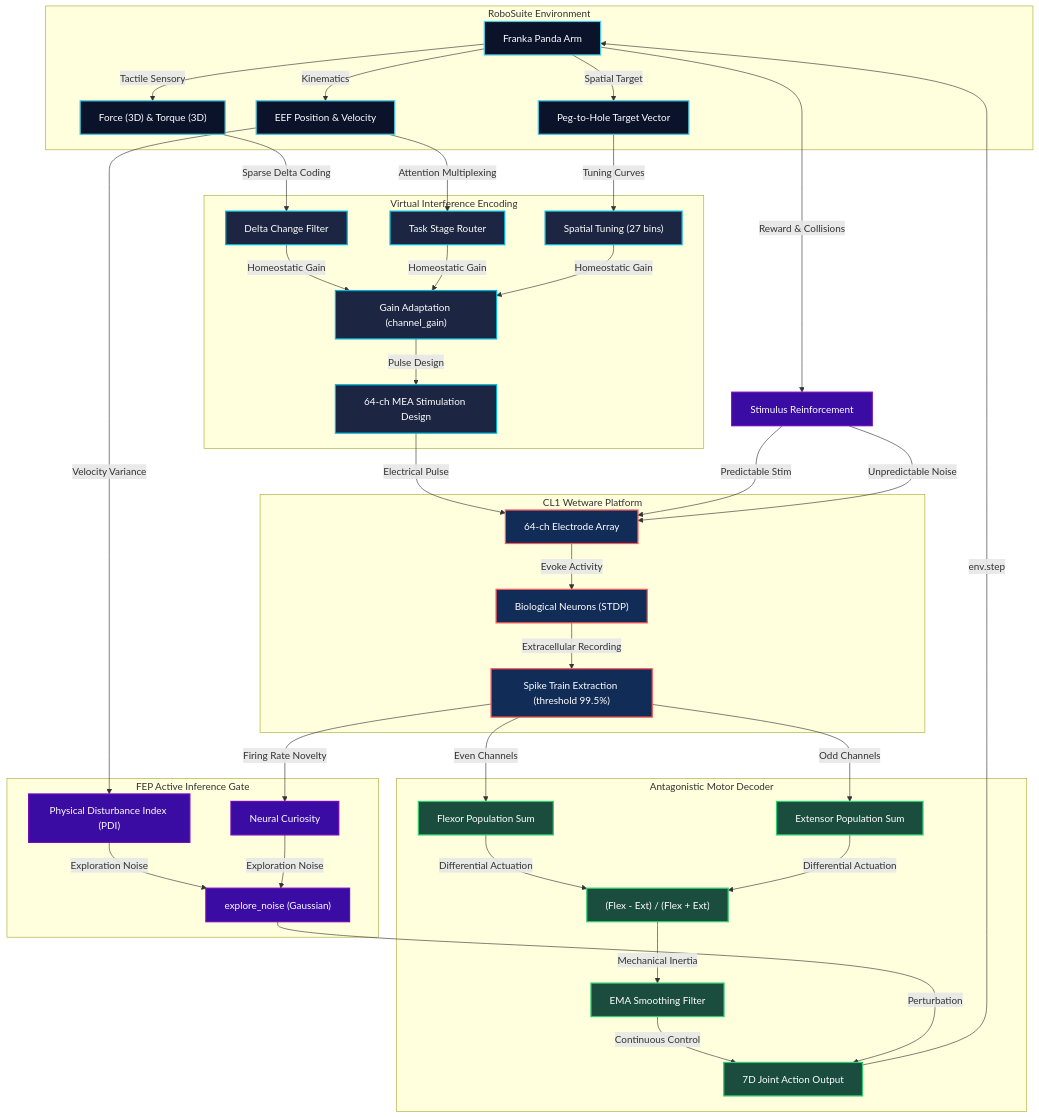
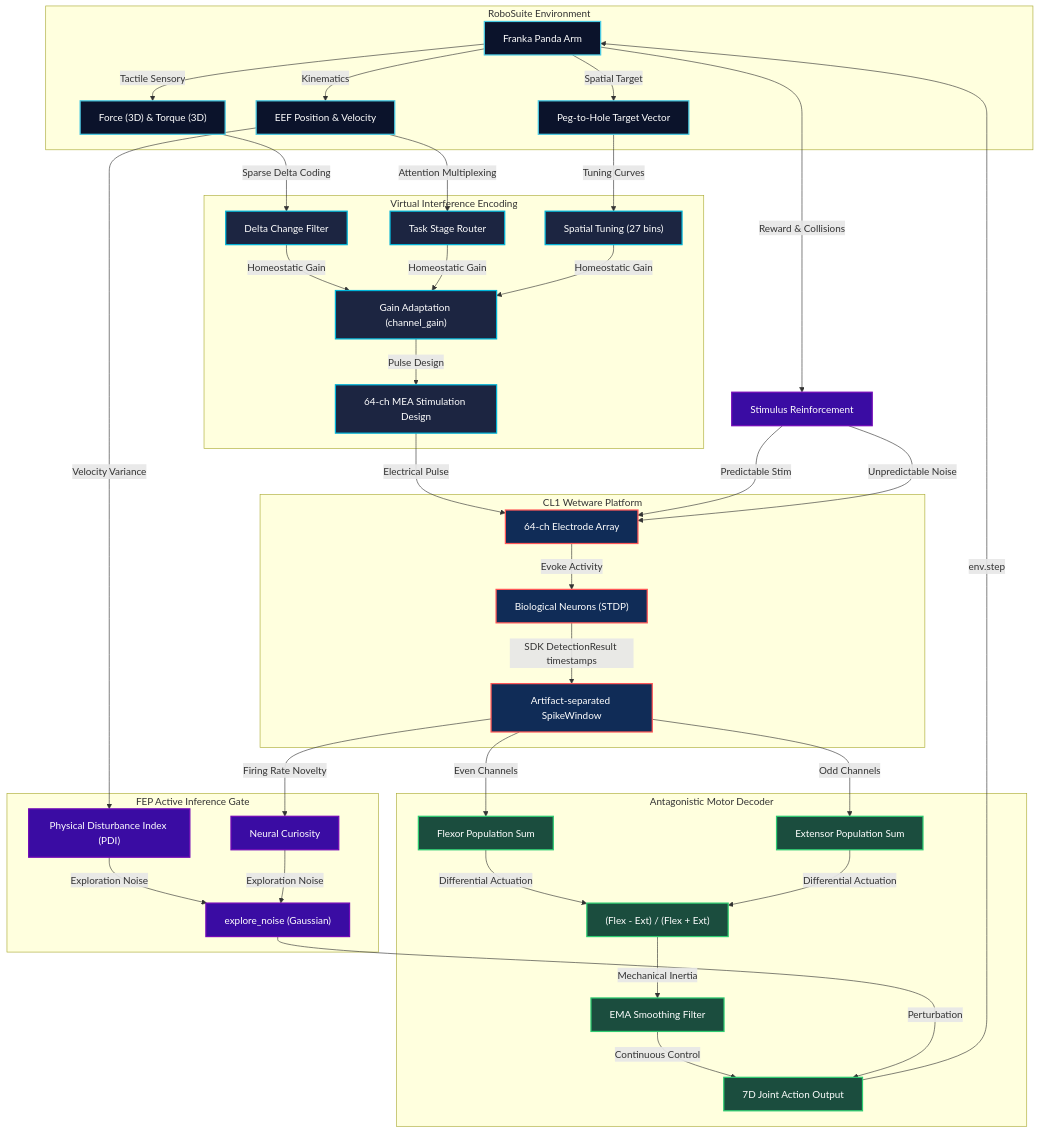
Before and after one commit to AzurLiu/Senxe-Cerebellum: the diagram in README.md, drawn with Mermaid. The commit also changed other lines of this file and 17 other files, not shown here.

````diff
--- a/README.md
+++ b/README.md
@@ -51,55 +51,55 @@
 ```mermaid
 graph TB
     subgraph Env [RoboSuite Environment]
         RS[Franka Panda Arm] -->|Tactile Sensory| F["Force (3D) & Torque (3D)"]
         RS -->|Kinematics| V["EEF Position & Velocity"]
         RS -->|Spatial Target| T["Peg-to-Hole Target Vector"]
     end
 
     subgraph Enc [Virtual Interference Encoding]
         F -->|Sparse Delta Coding| SDC["Delta Change Filter"]
         V -->|Attention Multiplexing| AMUX["Task Stage Router"]
         T -->|Tuning Curves| TC["Spatial Tuning (27 bins)"]
         SDC & AMUX & TC -->|Homeostatic Gain| Gain["Gain Adaptation (channel_gain)"]
         Gain -->|Pulse Design| Stim["64-ch MEA Stimulation Design"]
     end
 
     subgraph Bio [CL1 Wetware Platform]
         Stim -->|Electrical Pulse| MEA["64-ch Electrode Array"]
         MEA -->|Evoke Activity| Neu["Biological Neurons (STDP)"]
-        Neu -->|Extracellular Recording| Spikes["Spike Train Extraction (threshold 99.5%)"]
+        Neu -->|SDK DetectionResult timestamps| Spikes["Artifact-separated SpikeWindow"]
     end
 
     subgraph Dec [Antagonistic Motor Decoder]
         Spikes -->|Even Channels| Flex["Flexor Population Sum"]
         Spikes -->|Odd Channels| Ext["Extensor Population Sum"]
         Flex & Ext -->|Differential Actuation| Diff["(Flex - Ext) / (Flex + Ext)"]
         Diff -->|Mechanical Inertia| EMA["EMA Smoothing Filter"]
         EMA -->|Continuous Control| Act["7D Joint Action Output"]
     end
 
     subgraph Gate [FEP Active Inference Gate]
         V -->|Velocity Variance| PDI["Physical Disturbance Index (PDI)"]
         Spikes -->|Firing Rate Novelty| Cur["Neural Curiosity"]
         PDI & Cur -->|Exploration Noise| Noise["explore_noise (Gaussian)"]
     end
 
     Act -->|env.step| RS
     Noise -->|Perturbation| Act
     RS -->|Reward & Collisions| FB["Stimulus Reinforcement"]
     FB -->|Predictable Stim| MEA
     FB -->|Unpredictable Noise| MEA
 
     %% Styles
     classDef envStyle fill:#0b132b,stroke:#48cae4,stroke-width:2px,color:#fff;
     classDef encStyle fill:#1c2541,stroke:#00b4d8,stroke-width:2px,color:#fff;
     classDef bioStyle fill:#102c57,stroke:#ff5757,stroke-width:2px,color:#fff;
     classDef decStyle fill:#1b4d3e,stroke:#2ecc71,stroke-width:2px,color:#fff;
     classDef gateStyle fill:#3a0ca3,stroke:#7209b7,stroke-width:2px,color:#fff;
 
     class RS,F,V,T envStyle;
     class SDC,AMUX,TC,Gain,Stim encStyle;
     class MEA,Neu,Spikes bioStyle;
     class Flex,Ext,Diff,EMA,Act decStyle;
     class PDI,Cur,Noise,FB gateStyle;
 ```
````
